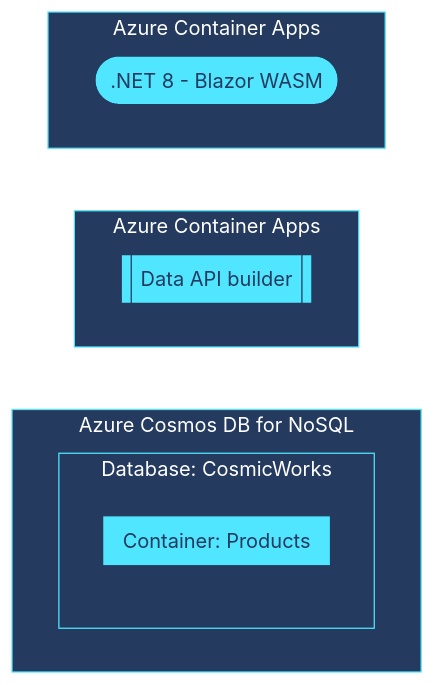
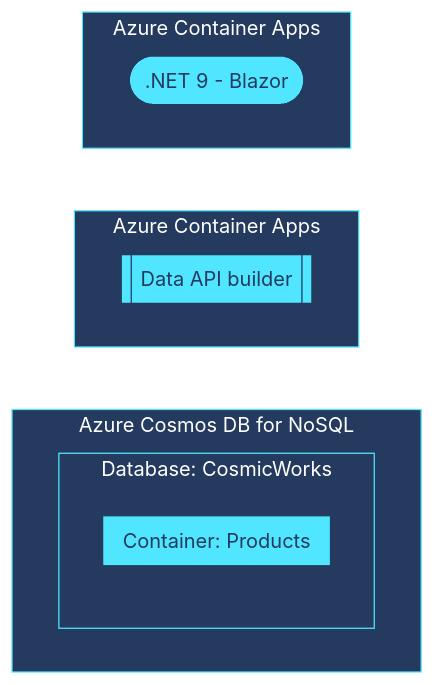
The diagram in readme.md (Azure-Samples/dab-azure-cosmos-db-nosql-quickstart), drawn with Mermaid before and after one commit. The commit also changed other lines of this file and 1 other file, not shown here.

````diff
--- a/readme.md
+++ b/readme.md
@@ -66,18 +66,18 @@
 ```mermaid
 %%{ init: { 'theme': 'base', 'themeVariables': { 'background': '#243A5E', 'primaryColor': '#50E6FF', 'primaryBorderColor': '#243A5E', 'tertiaryBorderColor': '#50E6FF', 'tertiaryColor': '#243A5E', 'fontFamily': 'Segoe UI', 'lineColor': '#FFFFFF', 'primaryTextColor': '#243A5E', 'tertiaryTextColor': '#FFFFFF' } }}%%
 flowchart TB
     subgraph web-app[Azure Container Apps]
-        app-framework([.NET 8 - Blazor WASM])
+        app-framework([.NET 9 - Blazor])
     end
     subgraph data-api-builder[Azure Container Apps]
         api-framework[[Data API builder]]
     end
     subgraph azure-cosmos-db-nosql[Azure Cosmos DB for NoSQL]
         subgraph database-cosmicworks[Database: CosmicWorks]
             subgraph container-products[Container: Products]
             end
         end
     end
     web-app --> data-api-builder
     data-api-builder --> azure-cosmos-db-nosql
 ```
````
